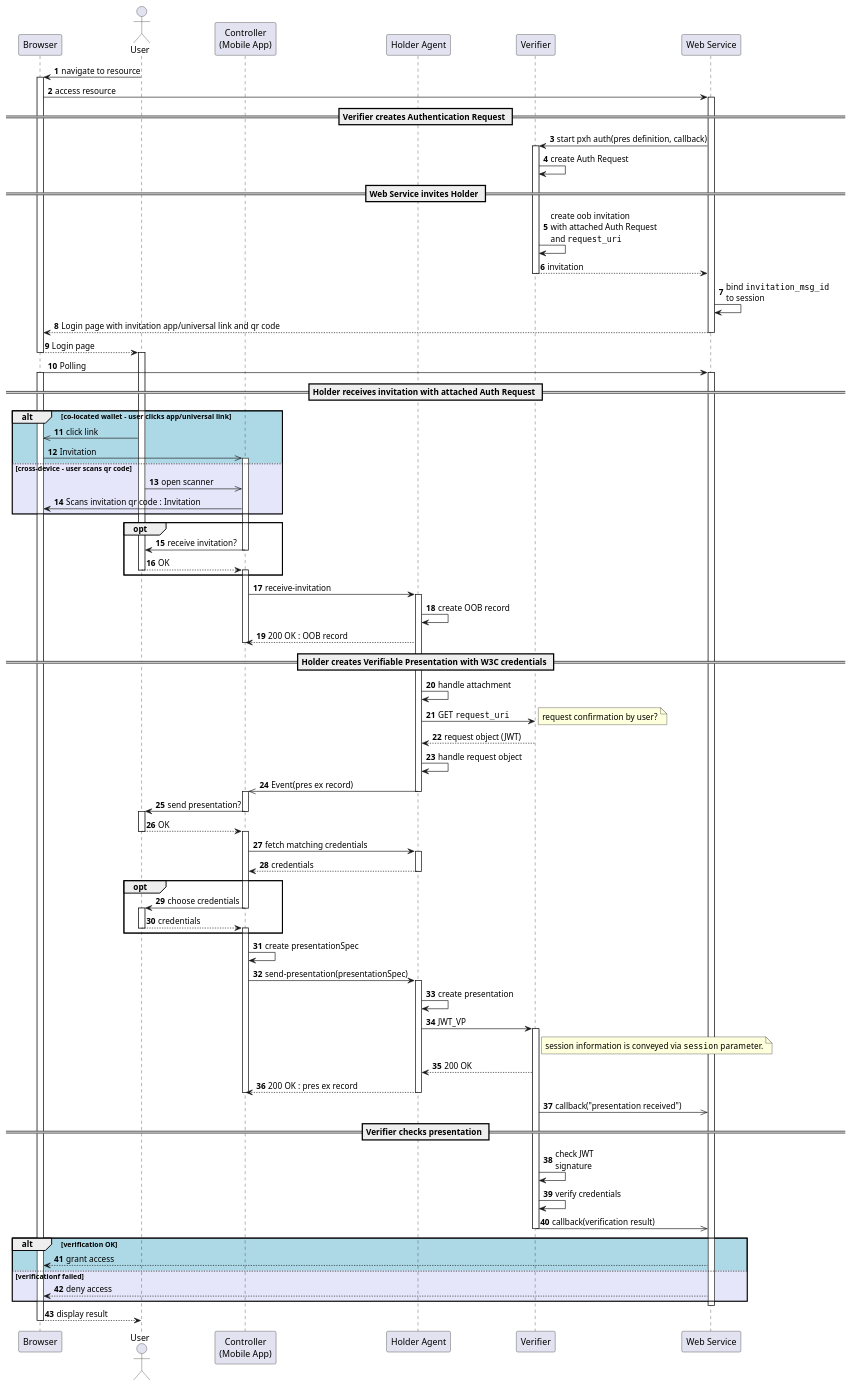
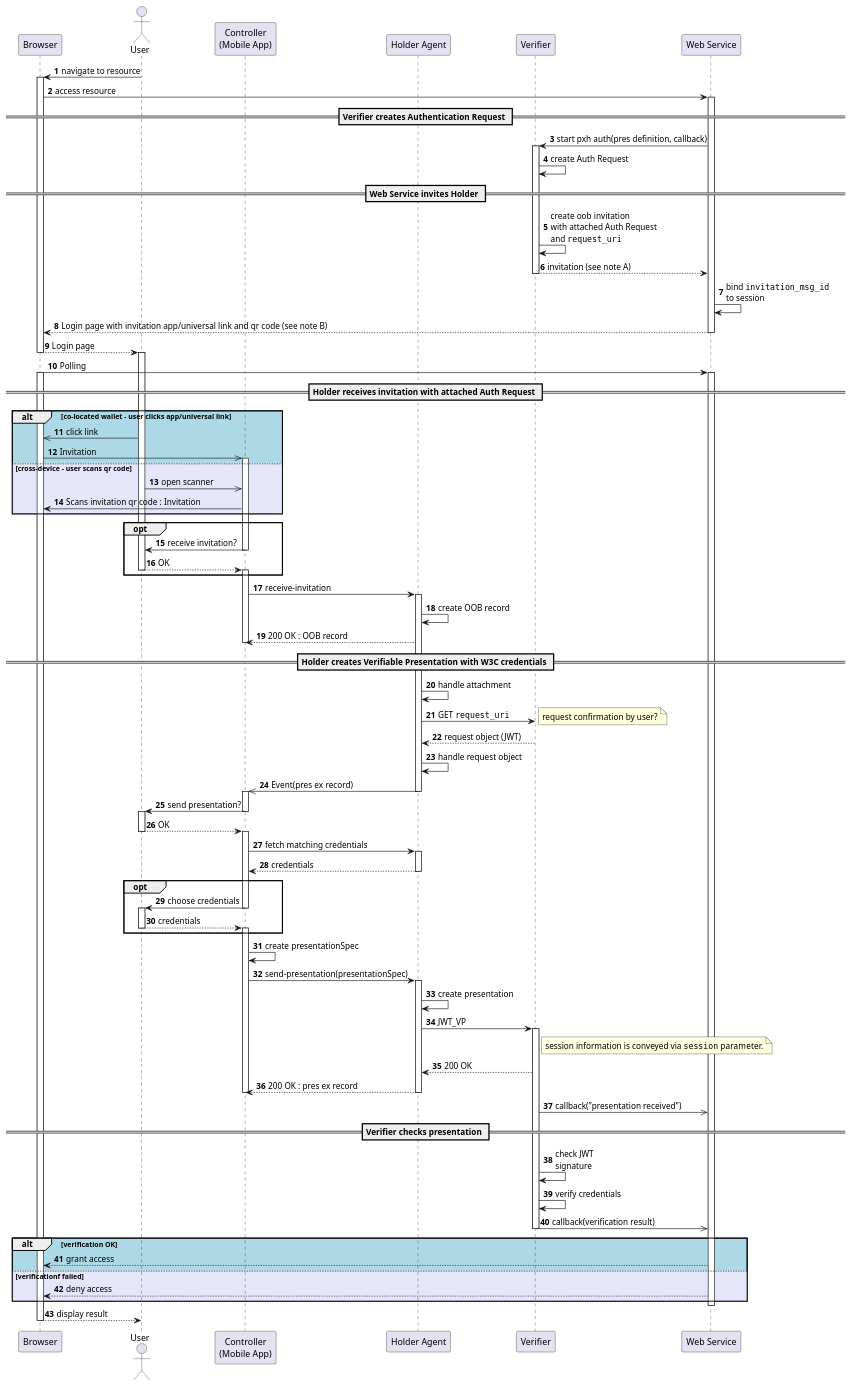
The diagram in flow_with_connectionless_oob_and_request_uri.adoc (gematik/poc-fue-presentationExchangeOverHttp), drawn with PlantUML before and after one commit. The commit also changed other lines of this file, not shown here.

Commit message:
changed format to asciidoc, to have the graphic rendered in the browser (gitlab)

```diff
--- a/flow_with_connectionless_oob_and_request_uri.adoc
+++ b/flow_with_connectionless_oob_and_request_uri.adoc
@@ -27,10 +27,10 @@
 
 == Web Service invites Holder ==
 Verifier  -> Verifier   : create oob invitation\nwith attached Auth Request\nand ""request_uri""
-Verifier --> Webservice : invitation
+Verifier --> Webservice : invitation (see note A)
 deactivate Verifier
 Webservice  -> Webservice : bind ""invitation_msg_id"" \nto session
-Webservice --> Browser    : Login page with invitation app/universal link and qr code
+Webservice --> Browser    : Login page with invitation app/universal link and qr code (see note B)
 deactivate Webservice
 User       <-- Browser    : Login page
 deactivate Browser
```
